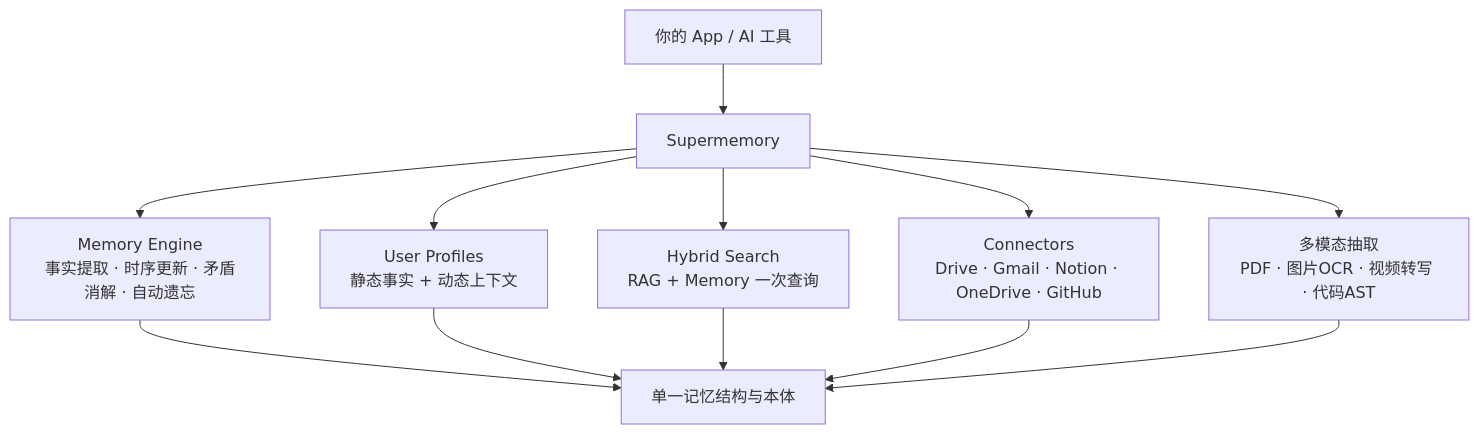
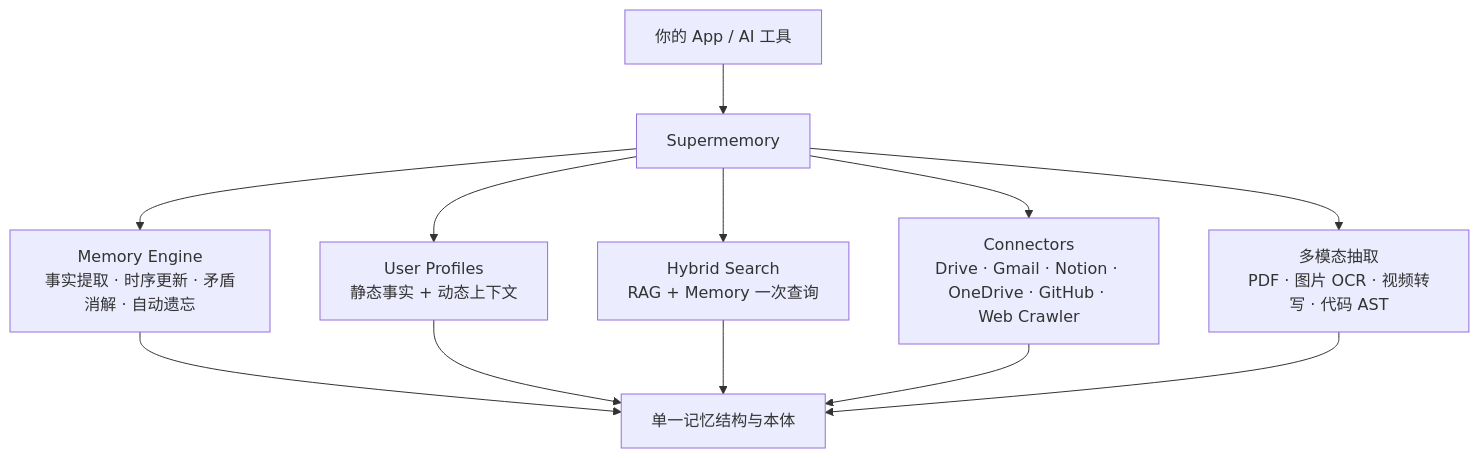
One commit to A1pha3/text-matrix changed the diagram in content/posts/tech/ai-agent/supermemory-ai-memory-context-engine.md. Above: the diagram before and after it, drawn with Mermaid. The commit also changed other lines of this file and 227 other files, not shown here.

````diff
--- a/content/posts/tech/ai-agent/supermemory-ai-memory-context-engine.md
+++ b/content/posts/tech/ai-agent/supermemory-ai-memory-context-engine.md
@@ -39,16 +40,16 @@
 ```mermaid
 graph TB
     App["你的 App / AI 工具"] --> SM["Supermemory"]
 
     SM --> Memory["Memory Engine<br/>事实提取 · 时序更新 · 矛盾消解 · 自动遗忘"]
     SM --> Profile["User Profiles<br/>静态事实 + 动态上下文"]
     SM --> Search["Hybrid Search<br/>RAG + Memory 一次查询"]
-    SM --> Conn["Connectors<br/>Drive · Gmail · Notion · OneDrive · GitHub"]
-    SM --> Extract["多模态抽取<br/>PDF · 图片OCR · 视频转写 · 代码AST"]
+    SM --> Conn["Connectors<br/>Drive · Gmail · Notion · OneDrive · GitHub · Web Crawler"]
+    SM --> Extract["多模态抽取<br/>PDF · 图片 OCR · 视频转写 · 代码 AST"]
 
     Memory --> Ontology["单一记忆结构与本体"]
     Profile --> Ontology
     Search --> Ontology
     Conn --> Ontology
     Extract --> Ontology
 ```
````
